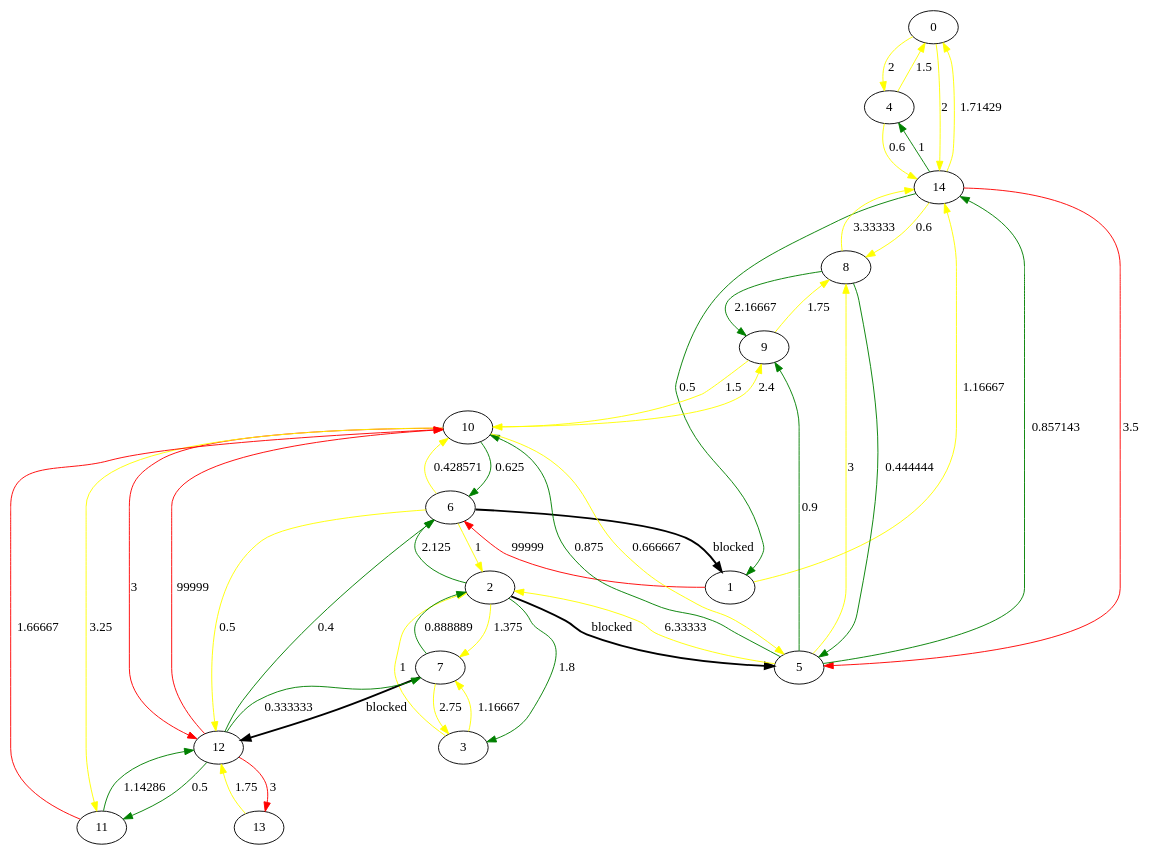
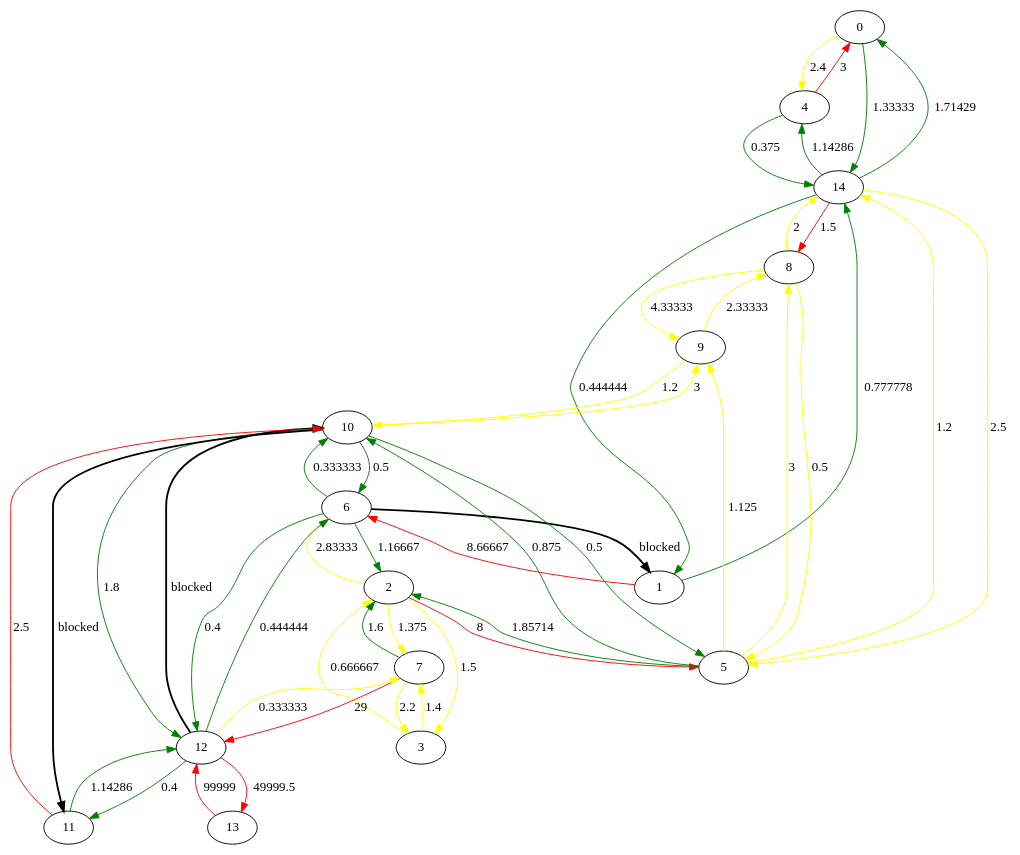
The diagram in output.dot (Code-with-ease/road-not-taken), drawn with Graphviz before and after one commit. The commit also changed 9 other files, not shown here.

```diff
--- a/output.dot
+++ b/output.dot
@@ -1,49 +1,49 @@
 digraph Test {
-0 -> 4[label="2",color= yellow, penwidth="1"];
-0 -> 14[label="2",color= yellow, penwidth="1"];
-1 -> 6[label="99999",color= red, penwidth="1"];
-1 -> 14[label="1.16667",color= yellow, penwidth="1"];
-2 -> 3[label="1.8",color= green, penwidth="1"];
-2 -> 5[label="blocked",color= black, penwidth="2"];
-2 -> 6[label="2.125",color= green, penwidth="1"];
+0 -> 4[label="2.4",color= yellow, penwidth="1"];
+0 -> 14[label="1.33333",color= green, penwidth="1"];
+1 -> 6[label="8.66667",color= red, penwidth="1"];
+1 -> 14[label="0.777778",color= green, penwidth="1"];
+2 -> 3[label="1.5",color= yellow, penwidth="1"];
+2 -> 5[label="8",color= red, penwidth="1"];
+2 -> 6[label="2.83333",color= yellow, penwidth="1"];
 2 -> 7[label="1.375",color= yellow, penwidth="1"];
-3 -> 2[label="1",color= yellow, penwidth="1"];
-3 -> 7[label="1.16667",color= yellow, penwidth="1"];
-4 -> 0[label="1.5",color= yellow, penwidth="1"];
-4 -> 14[label="0.6",color= yellow, penwidth="1"];
-5 -> 2[label="6.33333",color= yellow, penwidth="1"];
+3 -> 2[label="0.666667",color= yellow, penwidth="1"];
+3 -> 7[label="1.4",color= yellow, penwidth="1"];
+4 -> 0[label="3",color= red, penwidth="1"];
+4 -> 14[label="0.375",color= green, penwidth="1"];
+5 -> 2[label="1.85714",color= green, penwidth="1"];
 5 -> 8[label="3",color= yellow, penwidth="1"];
-5 -> 9[label="0.9",color= green, penwidth="1"];
+5 -> 9[label="1.125",color= yellow, penwidth="1"];
 5 -> 10[label="0.875",color= green, penwidth="1"];
-5 -> 14[label="0.857143",color= green, penwidth="1"];
+5 -> 14[label="1.2",color= yellow, penwidth="1"];
 6 -> 1[label="blocked",color= black, penwidth="2"];
-6 -> 2[label="1",color= yellow, penwidth="1"];
-6 -> 10[label="0.428571",color= yellow, penwidth="1"];
-6 -> 12[label="0.5",color= yellow, penwidth="1"];
-7 -> 2[label="0.888889",color= green, penwidth="1"];
-7 -> 3[label="2.75",color= yellow, penwidth="1"];
-7 -> 12[label="blocked",color= black, penwidth="2"];
-8 -> 5[label="0.444444",color= green, penwidth="1"];
-8 -> 9[label="2.16667",color= green, penwidth="1"];
-8 -> 14[label="3.33333",color= yellow, penwidth="1"];
-9 -> 8[label="1.75",color= yellow, penwidth="1"];
-9 -> 10[label="1.5",color= yellow, penwidth="1"];
-10 -> 5[label="0.666667",color= yellow, penwidth="1"];
-10 -> 6[label="0.625",color= green, penwidth="1"];
-10 -> 9[label="2.4",color= yellow, penwidth="1"];
-10 -> 11[label="3.25",color= yellow, penwidth="1"];
-10 -> 12[label="3",color= red, penwidth="1"];
-11 -> 10[label="1.66667",color= red, penwidth="1"];
+6 -> 2[label="1.16667",color= green, penwidth="1"];
+6 -> 10[label="0.333333",color= green, penwidth="1"];
+6 -> 12[label="0.4",color= green, penwidth="1"];
+7 -> 2[label="1.6",color= green, penwidth="1"];
+7 -> 3[label="2.2",color= yellow, penwidth="1"];
+7 -> 12[label="29",color= red, penwidth="1"];
+8 -> 5[label="0.5",color= yellow, penwidth="1"];
+8 -> 9[label="4.33333",color= yellow, penwidth="1"];
+8 -> 14[label="2",color= yellow, penwidth="1"];
+9 -> 8[label="2.33333",color= yellow, penwidth="1"];
+9 -> 10[label="1.2",color= yellow, penwidth="1"];
+10 -> 5[label="0.5",color= green, penwidth="1"];
+10 -> 6[label="0.5",color= green, penwidth="1"];
+10 -> 9[label="3",color= yellow, penwidth="1"];
+10 -> 11[label="blocked",color= black, penwidth="2"];
+10 -> 12[label="1.8",color= green, penwidth="1"];
+11 -> 10[label="2.5",color= red, penwidth="1"];
 11 -> 12[label="1.14286",color= green, penwidth="1"];
-12 -> 6[label="0.4",color= green, penwidth="1"];
-12 -> 7[label="0.333333",color= green, penwidth="1"];
-12 -> 10[label="99999",color= red, penwidth="1"];
-12 -> 11[label="0.5",color= green, penwidth="1"];
-12 -> 13[label="3",color= red, penwidth="1"];
-13 -> 12[label="1.75",color= yellow, penwidth="1"];
-14 -> 0[label="1.71429",color= yellow, penwidth="1"];
-14 -> 1[label="0.5",color= green, penwidth="1"];
-14 -> 4[label="1",color= green, penwidth="1"];
-14 -> 5[label="3.5",color= red, penwidth="1"];
-14 -> 8[label="0.6",color= yellow, penwidth="1"];
+12 -> 6[label="0.444444",color= green, penwidth="1"];
+12 -> 7[label="0.333333",color= yellow, penwidth="1"];
+12 -> 10[label="blocked",color= black, penwidth="2"];
+12 -> 11[label="0.4",color= green, penwidth="1"];
+12 -> 13[label="49999.5",color= red, penwidth="1"];
+13 -> 12[label="99999",color= red, penwidth="1"];
+14 -> 0[label="1.71429",color= green, penwidth="1"];
+14 -> 1[label="0.444444",color= green, penwidth="1"];
+14 -> 4[label="1.14286",color= green, penwidth="1"];
+14 -> 5[label="2.5",color= yellow, penwidth="1"];
+14 -> 8[label="1.5",color= red, penwidth="1"];
 }
```
